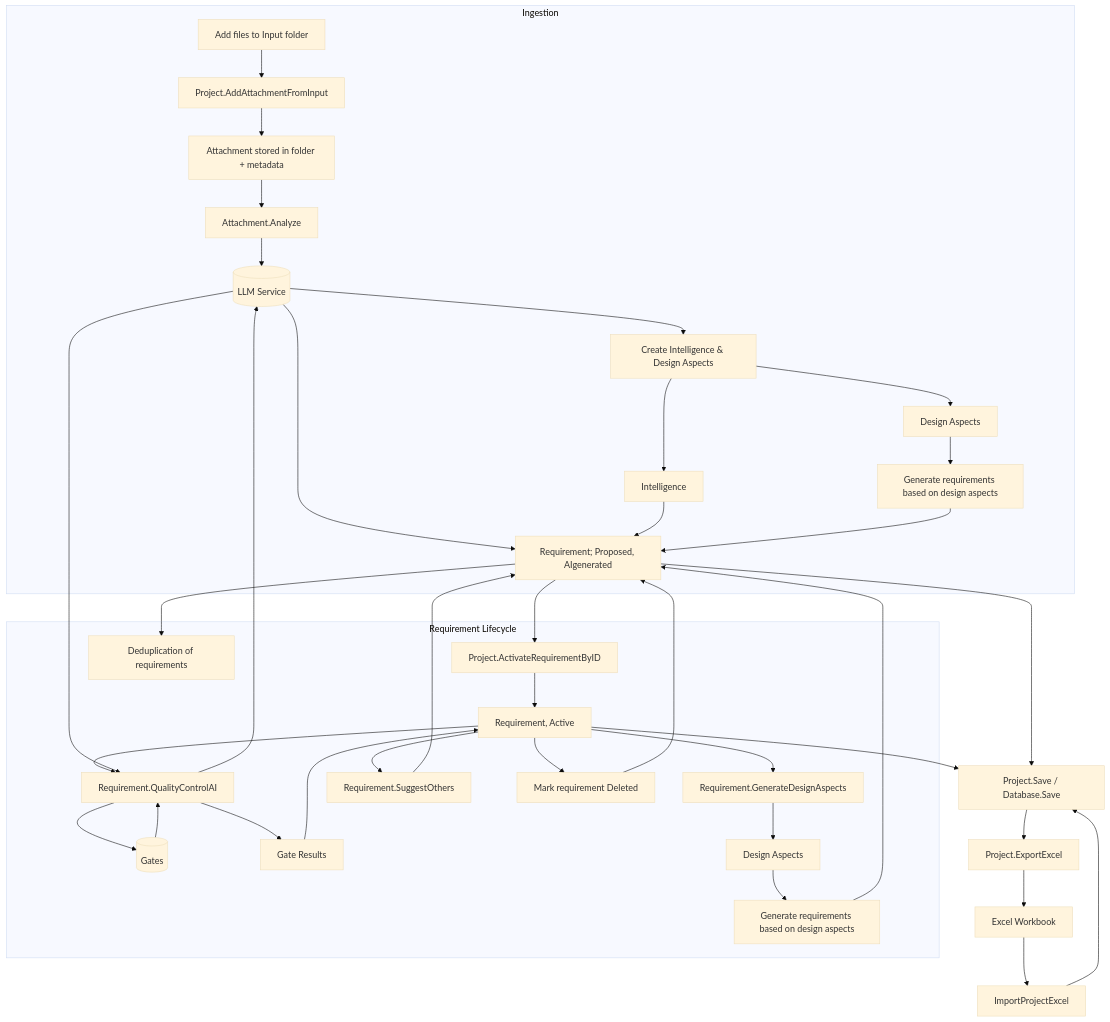
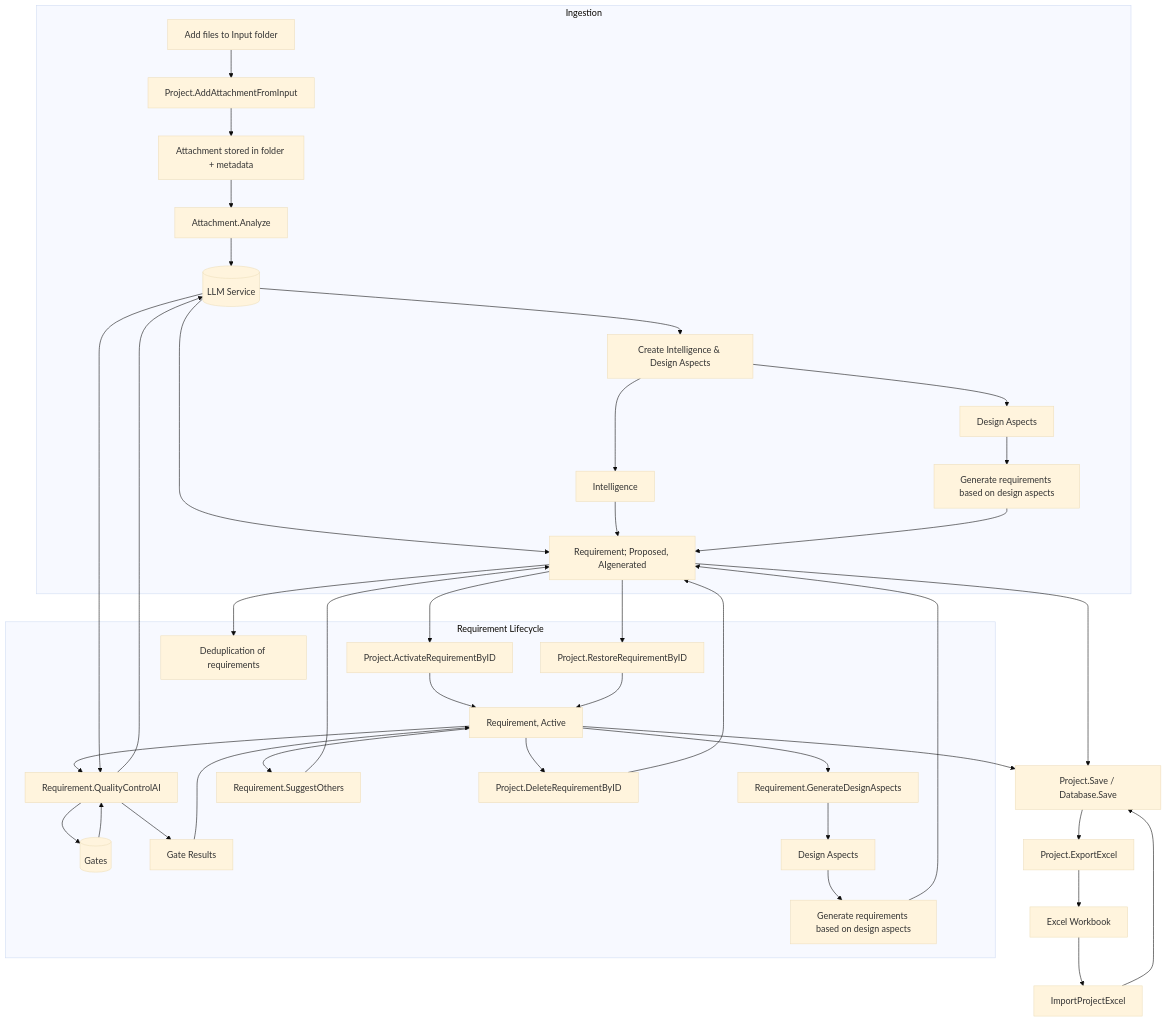
Before and after one commit to rjboer/PMFS: the diagram in docs/architecture.md, drawn with Mermaid (base theme). The commit also changed other lines of this file and 15 other files, not shown here.

Commit message:
Document requirement lifecycle and add delete API

````diff
--- a/docs/architecture.md
+++ b/docs/architecture.md
@@ -8,51 +8,53 @@
 ```mermaid
 flowchart TD
 
   LLM[(LLM Service)]
   GATE[(Gates)]
 
   subgraph Ingestion
     A[Add files to Input folder]
     A --> C[Project.AddAttachmentFromInput]
     C --> D[Attachment stored in folder + metadata]
     D --> E[Attachment.Analyze]
     E --> LLM
     LLM --> X1[Create Intelligence & Design Aspects]
     X1 --> X2[Intelligence]
     X1 --> X3[Design Aspects]
     LLM --> RP[Requirement; Proposed, AIgenerated]
     X2 --> RP
     X3 --> X4[Generate requirements based on design aspects]
     X4 --> RP
   end
 
   subgraph "Requirement Lifecycle"
     RP --> H[Project.ActivateRequirementByID]
     H --> RA[Requirement, Active]
     RA --> J[Requirement.QualityControlAI]
     J --> LLM
     J --> GATE
     LLM --> J
     GATE --> J
     J --> K[Gate Results]
     K --> RA
     RA --> L[Requirement.GenerateDesignAspects]
     L --> N[Design Aspects]
     N --> O[Generate requirements based on design aspects]
     O --> RP
     RA --> M[Requirement.SuggestOthers]
     M --> RP
-    RA --> RD[Mark requirement Deleted]
+    RA --> RD[Project.DeleteRequirementByID]
     RD --> RP
+    RP --> RU[Project.RestoreRequirementByID]
+    RU --> RA
     RP --> P[Deduplication of requirements]
   end
 
   RP --> Q[Project.Save / Database.Save]
   RA --> Q
 
   Q --> R1[Project.ExportExcel]
   R1 --> S[Excel Workbook]
   S --> T[ImportProjectExcel]
   T --> Q
 
 ```
````
